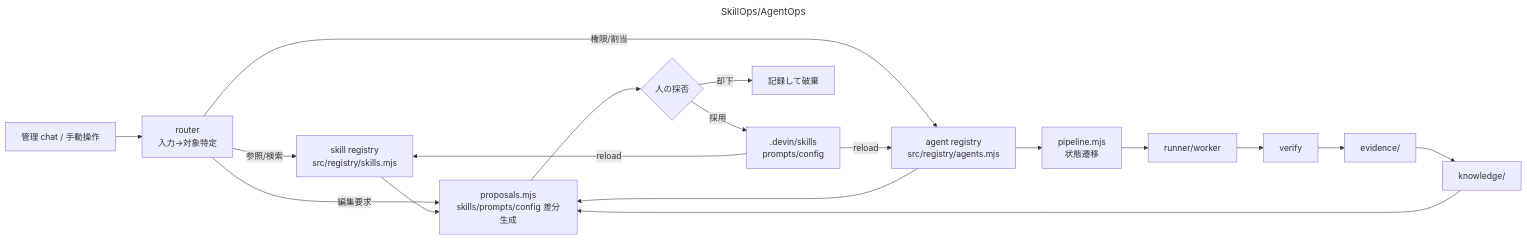
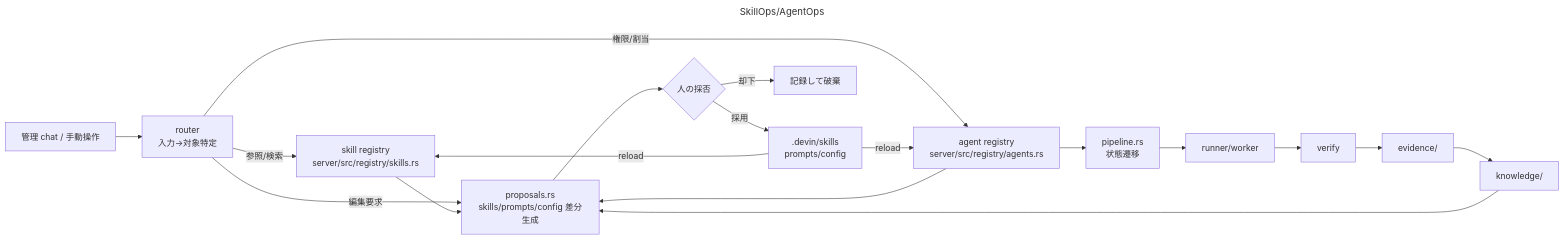
The diagram in diagrams/skillops-flow.mmd (yamamoto-ryuzo/kasugai_agent), drawn with Mermaid before and after one commit. The commit also changed 80 other files, not shown here.

```diff
--- a/diagrams/skillops-flow.mmd
+++ b/diagrams/skillops-flow.mmd
@@ -1,28 +1,28 @@
 ---
 title: SkillOps/AgentOps
 ---
 flowchart LR
     U[管理 chat / 手動操作] --> RT[router<br/>入力→対象特定]
-    SR[skill registry<br/>src/registry/skills.mjs]
-    AR[agent registry<br/>src/registry/agents.mjs]
-    PR[proposals.mjs<br/>skills/prompts/config 差分生成]
+    SR[skill registry<br/>server/src/registry/skills.rs]
+    AR[agent registry<br/>server/src/registry/agents.rs]
+    PR[proposals.rs<br/>skills/prompts/config 差分生成]
     HG{人の採否}
     CONF[.devin/skills<br/>prompts/config]
-    PIPE[pipeline.mjs<br/>状態遷移]
+    PIPE[pipeline.rs<br/>状態遷移]
     RUN[runner/worker]
     VER[verify]
     EV[evidence/]
     KN[knowledge/]
     RT -->|参照/検索| SR
     RT -->|権限/割当| AR
     RT -->|編集要求| PR
     SR --> PR
     AR --> PR
     PR --> HG
     HG -->|採用| CONF
     HG -->|却下| DROP[記録して破棄]
     CONF -->|reload| SR
     CONF -->|reload| AR
     AR --> PIPE
     PIPE --> RUN --> VER
     VER --> EV --> KN --> PR
```
